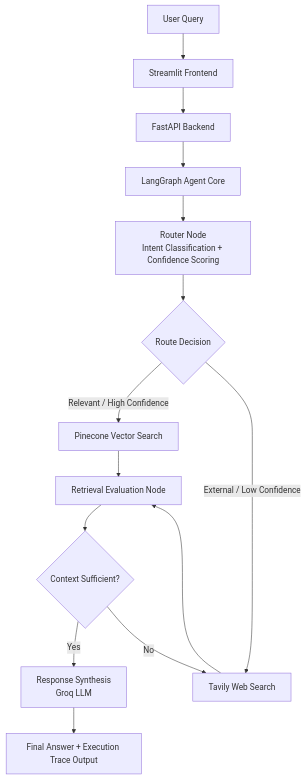
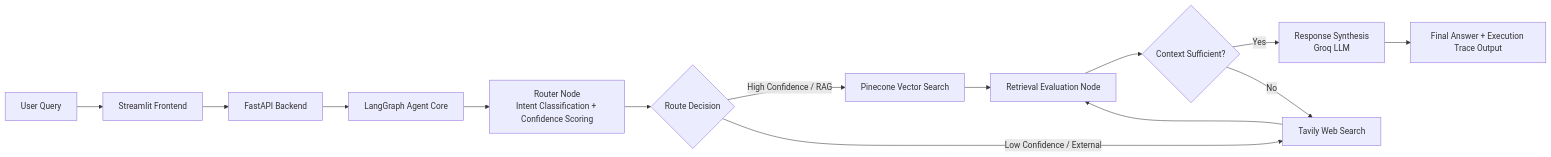
One commit to MithileshGungah/Data-Science-Portfolio changed the diagram in AtlasWorks AI Policy Assistant/README.md. Above: the diagram before and after it, drawn with Mermaid.

````diff
--- a/AtlasWorks AI Policy Assistant/README.md
+++ b/AtlasWorks AI Policy Assistant/README.md
@@ -50,22 +50,22 @@
 ```mermaid
-flowchart TD
+flowchart LR
     A[User Query] --> B[Streamlit Frontend]
     B --> C[FastAPI Backend]
     C --> D[LangGraph Agent Core]
     D --> E[Router Node<br/>Intent Classification + Confidence Scoring]
 
     E --> F{Route Decision}
 
-    F -->|Relevant / High Confidence| G[Pinecone Vector Search]
-    F -->|External / Low Confidence| H[Tavily Web Search]
+    F -->|High Confidence / RAG| G[Pinecone Vector Search]
+    F -->|Low Confidence / External| H[Tavily Web Search]
 
     G --> I[Retrieval Evaluation Node]
     H --> I
 
     I --> J{Context Sufficient?}
 
     J -->|Yes| K[Response Synthesis<br/>Groq LLM]
     J -->|No| H
 
     K --> L[Final Answer + Execution Trace Output]
 ```
````
